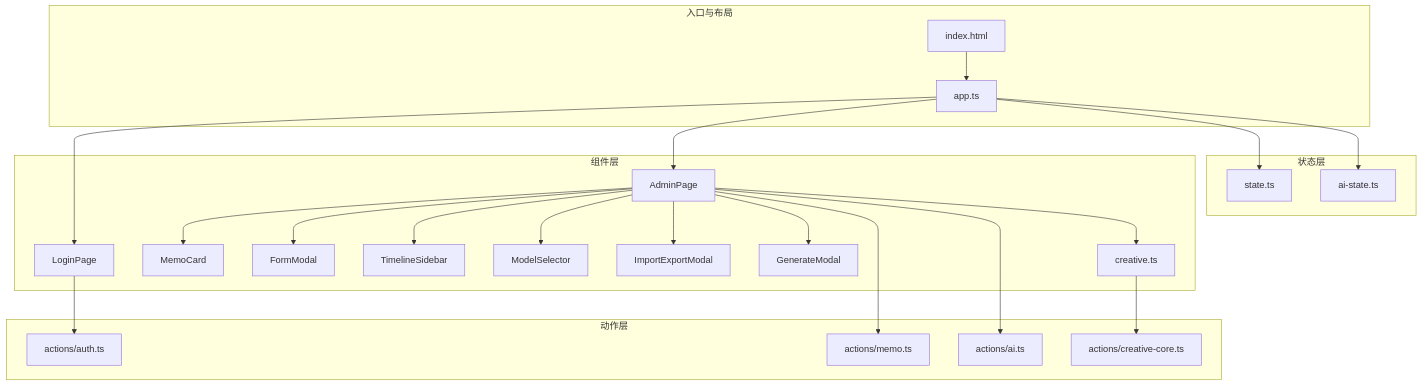
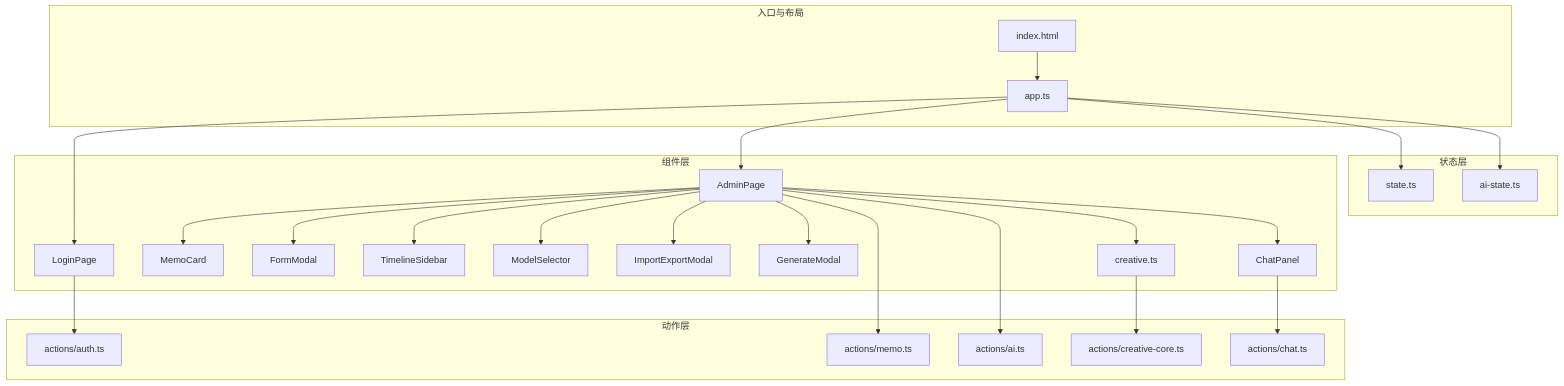
Before and after one commit to BlackBoxRecorder/memos: the first of 14 diagrams in .qoder/repowiki/zh/content/前端应用/Admin管理界面/Admin管理界面.md, drawn with Mermaid. The commit also changed other lines of this file and 8 other files, not shown here.

````diff
--- a/.qoder/repowiki/zh/content/前端应用/Admin管理界面/Admin管理界面.md
+++ b/.qoder/repowiki/zh/content/前端应用/Admin管理界面/Admin管理界面.md
@@ -45,44 +47,48 @@
 ```mermaid
 graph TB
 subgraph "入口与布局"
 HTML["index.html"]
 APP["app.ts"]
 end
 subgraph "状态层"
 STATE["state.ts"]
 AI_STATE["ai-state.ts"]
 end
 subgraph "组件层"
 LOGIN["LoginPage"]
 ADMIN["AdminPage"]
 MEMOCARD["MemoCard"]
 FORMMODAL["FormModal"]
 TIMELINE["TimelineSidebar"]
 MODELSEL["ModelSelector"]
 IMPORTMODAL["ImportExportModal"]
 GENMODAL["GenerateModal"]
+CHATPANEL["ChatPanel"]
 CREATIVE["creative.ts"]
 end
 subgraph "动作层"
 AUTH_ACT["actions/auth.ts"]
 MEMO_ACT["actions/memo.ts"]
 AI_ACT["actions/ai.ts"]
 CREATIVE_ACT["actions/creative-core.ts"]
+CHAT_ACT["actions/chat.ts"]
 end
 HTML --> APP
 APP --> STATE
 APP --> AI_STATE
 APP --> LOGIN
 APP --> ADMIN
 ADMIN --> MEMOCARD
 ADMIN --> FORMMODAL
 ADMIN --> TIMELINE
 ADMIN --> MODELSEL
 ADMIN --> IMPORTMODAL
 ADMIN --> GENMODAL
+ADMIN --> CHATPANEL
 ADMIN --> CREATIVE
 LOGIN --> AUTH_ACT
 ADMIN --> MEMO_ACT
 ADMIN --> AI_ACT
 CREATIVE --> CREATIVE_ACT
+CHATPANEL --> CHAT_ACT
 ```
````
